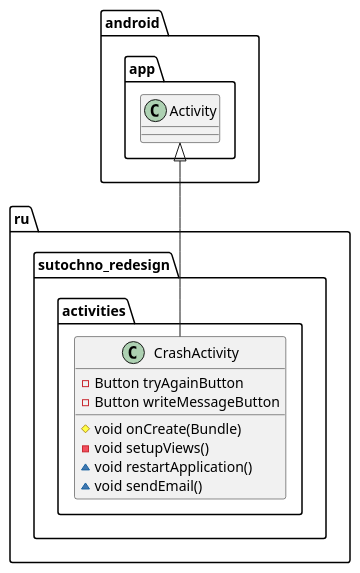
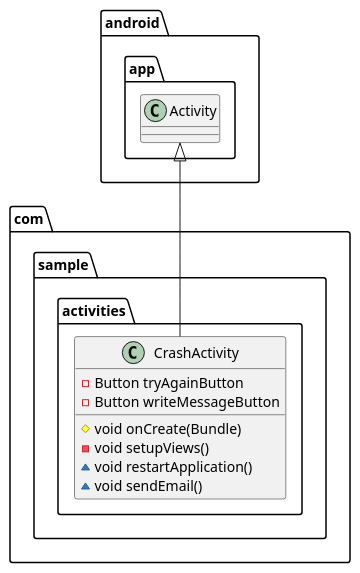
Before and after one commit to YuryKorotin/ADRTool: the diagram in plant_uml_sample.puml, drawn with PlantUML. The commit also changed 1 other file, not shown here.

Commit message:
Update readme and package name in uml

```diff
--- a/plant_uml_sample.puml
+++ b/plant_uml_sample.puml
@@ -1,13 +1,13 @@
 @startuml
-class ru.sutochno_redesign.activities.CrashActivity {
+class com.sample.activities.CrashActivity {
 - Button tryAgainButton
 - Button writeMessageButton
 # void onCreate(Bundle)
 - void setupViews()
 ~ void restartApplication()
 ~ void sendEmail()
 }
 
 
-android.app.Activity <|-- ru.sutochno_redesign.activities.CrashActivity
+android.app.Activity <|-- com.sample.activities.CrashActivity
 @enduml
```
